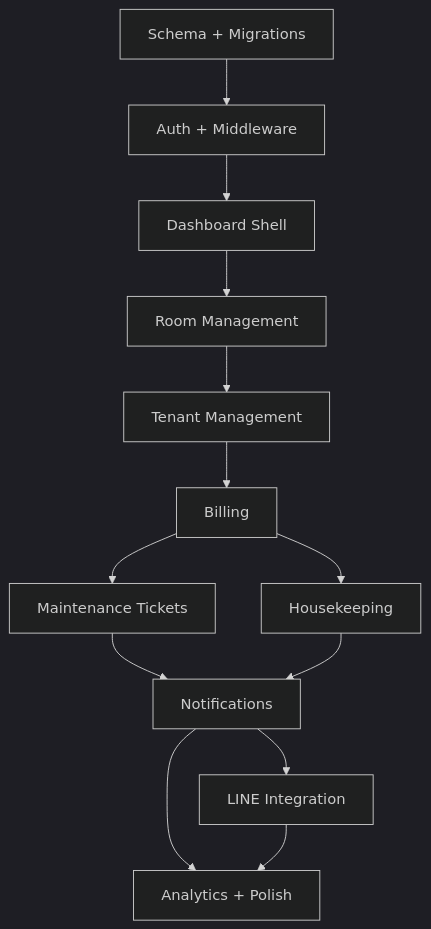
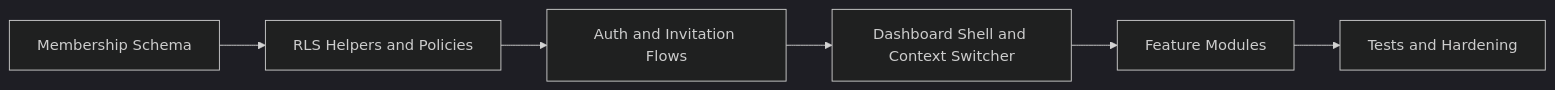
Before and after one commit to HACKUOrg/habio-web: the diagram in docs/06-implementation-roadmap.md, drawn with Mermaid (dark theme). The commit also changed other lines of this file and 82 other files, not shown here.

````diff
--- a/docs/06-implementation-roadmap.md
+++ b/docs/06-implementation-roadmap.md
@@ -206,15 +9,8 @@
 ```mermaid
-flowchart TD
-    P1_schema[Schema + Migrations] --> P1_auth[Auth + Middleware]
-    P1_auth --> P1_shell[Dashboard Shell]
-    P1_shell --> P2_rooms[Room Management]
-    P2_rooms --> P2_tenants[Tenant Management]
-    P2_tenants --> P2_billing[Billing]
-    P2_billing --> P3_tickets[Maintenance Tickets]
-    P2_billing --> P3_housekeeping[Housekeeping]
-    P3_tickets --> P3_notifications[Notifications]
-    P3_housekeeping --> P3_notifications
-    P3_notifications --> P4_line[LINE Integration]
-    P3_notifications --> P5_analytics[Analytics + Polish]
-    P4_line --> P5_analytics
+flowchart LR
+    schema[Membership Schema] --> rls[RLS Helpers and Policies]
+    rls --> authFlows[Auth and Invitation Flows]
+    authFlows --> appShell[Dashboard Shell and Context Switcher]
+    appShell --> modules[Feature Modules]
+    modules --> qa[Tests and Hardening]
 ```
````
